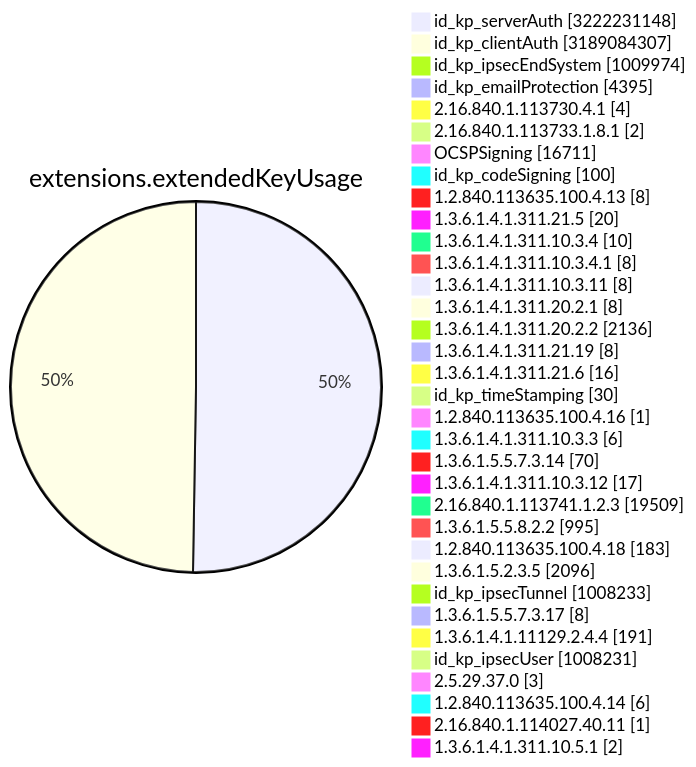
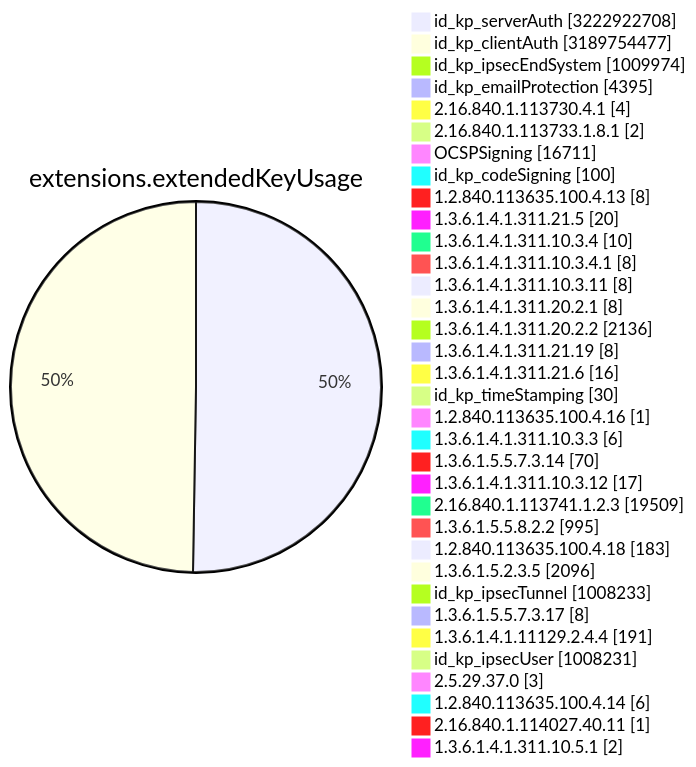
One commit to christiankrug/ctmonitor_visualization changed diagram 11 of 15 in TOTAL/README.md. Above: the diagram before and after it, drawn with Mermaid. The commit also changed other lines of this file, not shown here.

````diff
--- a/TOTAL/README.md
+++ b/TOTAL/README.md
@@ -4119,38 +4119,38 @@
 ```mermaid
 pie showData
 title extensions.extendedKeyUsage
-"id_kp_serverAuth" :3222231148
-"id_kp_clientAuth" :3189084307
+"id_kp_serverAuth" :3222922708
+"id_kp_clientAuth" :3189754477
 "id_kp_ipsecEndSystem" :1009974
 "id_kp_emailProtection" :4395
 "2.16.840.1.113730.4.1" :4
 "2.16.840.1.113733.1.8.1" :2
 "OCSPSigning" :16711
 "id_kp_codeSigning" :100
 "1.2.840.113635.100.4.13" :8
 "1.3.6.1.4.1.311.21.5" :20
 "1.3.6.1.4.1.311.10.3.4" :10
 "1.3.6.1.4.1.311.10.3.4.1" :8
 "1.3.6.1.4.1.311.10.3.11" :8
 "1.3.6.1.4.1.311.20.2.1" :8
 "1.3.6.1.4.1.311.20.2.2" :2136
 "1.3.6.1.4.1.311.21.19" :8
 "1.3.6.1.4.1.311.21.6" :16
 "id_kp_timeStamping" :30
 "1.2.840.113635.100.4.16" :1
 "1.3.6.1.4.1.311.10.3.3" :6
 "1.3.6.1.5.5.7.3.14" :70
 "1.3.6.1.4.1.311.10.3.12" :17
 "2.16.840.1.113741.1.2.3" :19509
 "1.3.6.1.5.5.8.2.2" :995
 "1.2.840.113635.100.4.18" :183
 "1.3.6.1.5.2.3.5" :2096
 "id_kp_ipsecTunnel" :1008233
 "1.3.6.1.5.5.7.3.17" :8
 "1.3.6.1.4.1.11129.2.4.4" :191
 "id_kp_ipsecUser" :1008231
 "2.5.29.37.0" :3
 "1.2.840.113635.100.4.14" :6
 "2.16.840.1.114027.40.11" :1
 "1.3.6.1.4.1.311.10.5.1" :2
 ```
````
